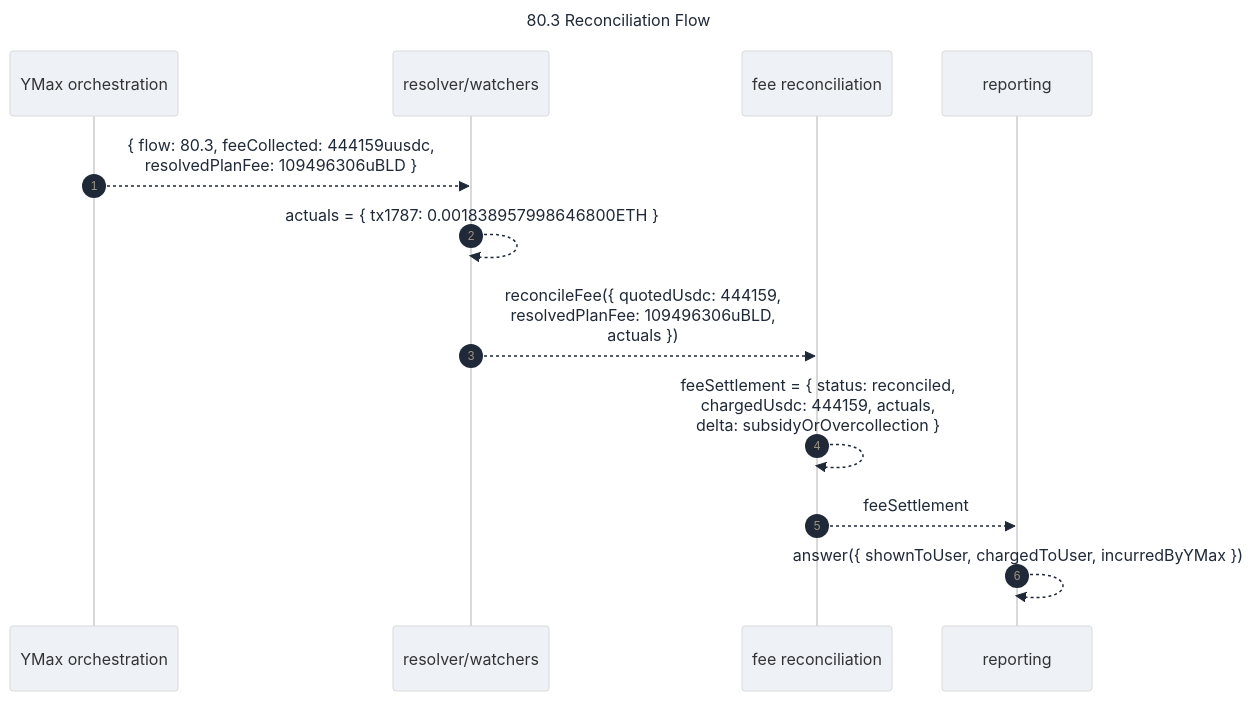
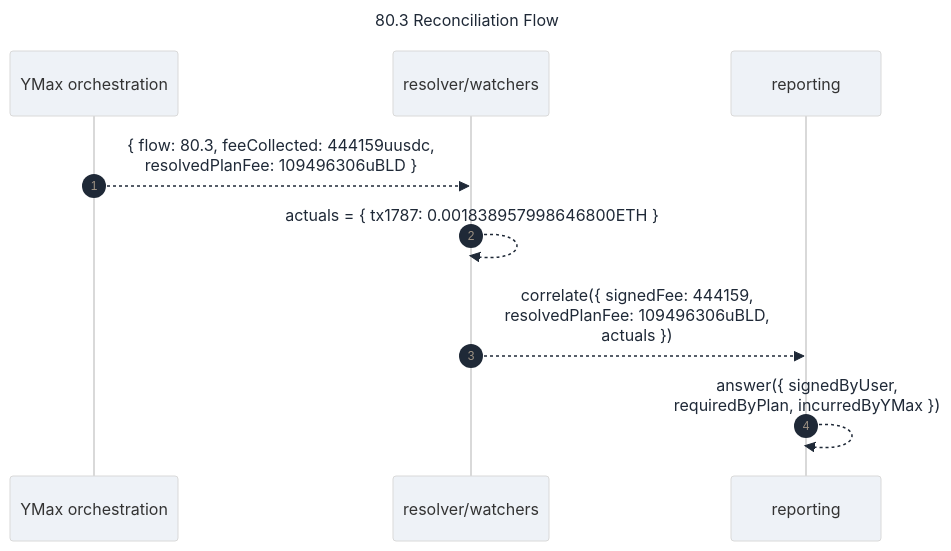
The fourth of 4 diagrams in packages/portfolio-contract/docs-design/user-fees.md (Agoric/agoric-sdk), drawn with Mermaid before and after one commit. The commit also changed other lines of this file, not shown here.

Commit message:
docs(user-fees): remove reconcilliation noise

````diff
--- a/packages/portfolio-contract/docs-design/user-fees.md
+++ b/packages/portfolio-contract/docs-design/user-fees.md
@@ -328,18 +320,15 @@
 ```mermaid
 %%{init: {'theme': 'base', 'themeVariables': {'background': '#f3f4f6', 'primaryColor': '#eef2f7', 'secondaryColor': '#e9eef5', 'tertiaryColor': '#f6f8fb', 'lineColor': '#5f6b7a', 'textColor': '#1f2937'}, 'themeCSS': '.sequenceNumber { font-size: 14px !important; font-weight: 600; }'}}%%
 sequenceDiagram
     title 80.3 Reconciliation Flow
     autonumber
 
     participant orch as YMax orchestration
     participant resolver as resolver/watchers
-    participant recon as fee reconciliation
     participant reporting as reporting
 
     orch-->>resolver: { flow: 80.3, feeCollected: 444159uusdc,<br/>resolvedPlanFee: 109496306uBLD }
     resolver-->>resolver: actuals = { tx1787: 0.001838957998646800ETH }
-    resolver-->>recon: reconcileFee({ quotedUsdc: 444159,<br/>resolvedPlanFee: 109496306uBLD,<br/>actuals })
-    recon-->>recon: feeSettlement = { status: reconciled,<br/>chargedUsdc: 444159, actuals,<br/>delta: subsidyOrOvercollection }
-    recon-->>reporting: feeSettlement
-    reporting-->>reporting: answer({ shownToUser, chargedToUser, incurredByYMax })
+    resolver-->>reporting: correlate({ signedFee: 444159,<br/>resolvedPlanFee: 109496306uBLD,<br/>actuals })
+    reporting-->>reporting: answer({ signedByUser,<br/>requiredByPlan, incurredByYMax })
 ```
````
